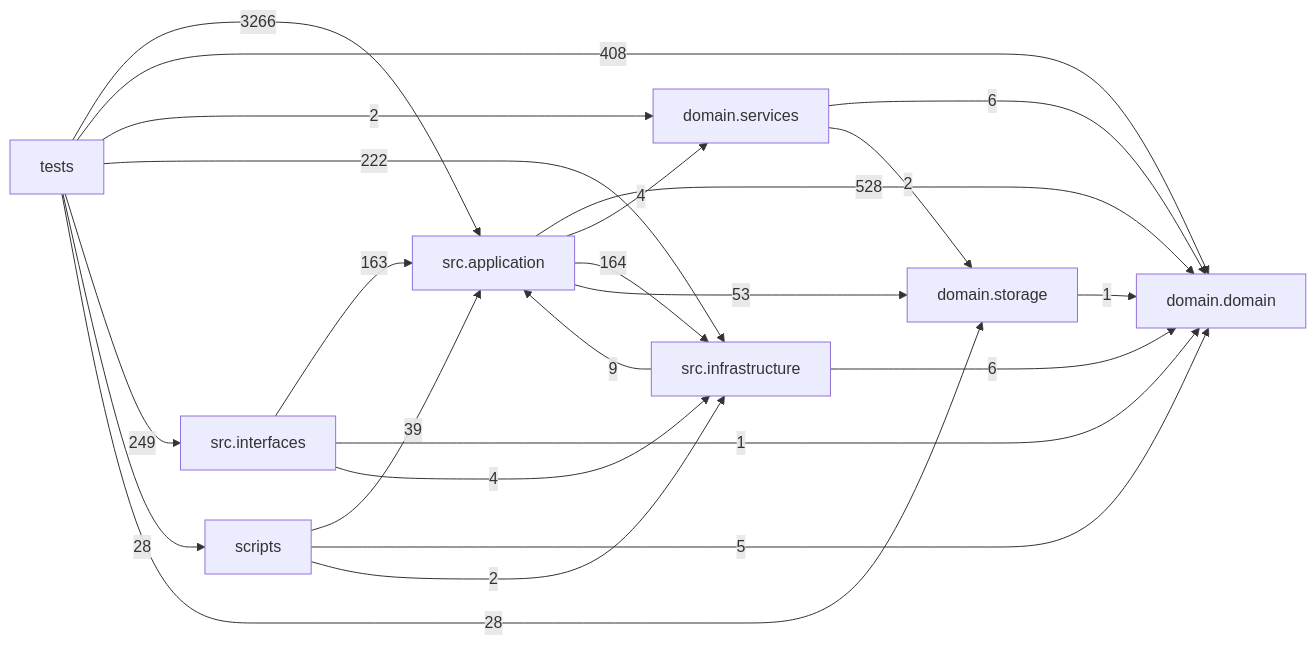
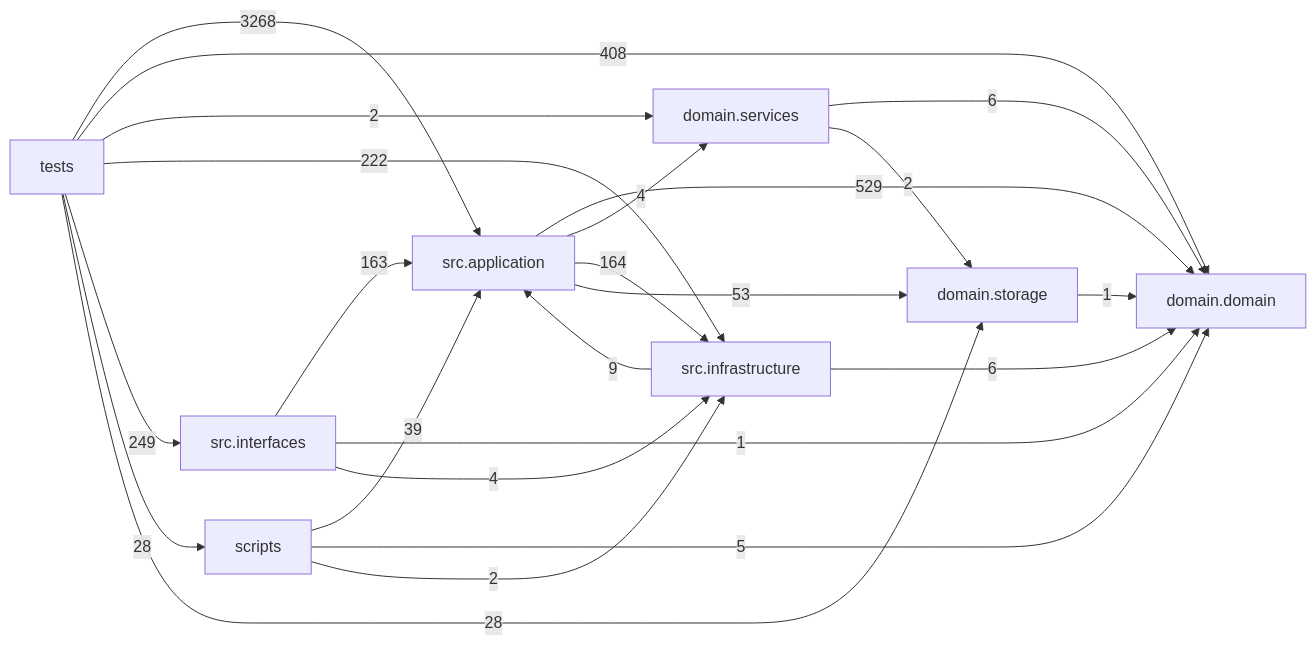
One commit to liuxie066/options-monitor changed the diagram in docs/DEPENDENCY_GRAPH.md. Above: the diagram before and after it, drawn with Mermaid. The commit also changed other lines of this file and 14 other files, not shown here.

````diff
--- a/docs/DEPENDENCY_GRAPH.md
+++ b/docs/DEPENDENCY_GRAPH.md
@@ -24,33 +24,33 @@
 ```mermaid
 flowchart LR
   tests["tests"]
   scripts["scripts"]
   interfaces["src.interfaces"]
   application["src.application"]
   infrastructure["src.infrastructure"]
   domain_services["domain.services"]
   domain["domain.domain"]
   storage["domain.storage"]
-  application -->|528| domain
+  application -->|529| domain
   application -->|4| domain_services
   application -->|164| infrastructure
   application -->|53| storage
   domain_services -->|6| domain
   domain_services -->|2| storage
   infrastructure -->|9| application
   infrastructure -->|6| domain
   interfaces -->|163| application
   interfaces -->|1| domain
   interfaces -->|4| infrastructure
   scripts -->|39| application
   scripts -->|5| domain
   scripts -->|2| infrastructure
   storage -->|1| domain
-  tests -->|3266| application
+  tests -->|3268| application
   tests -->|408| domain
   tests -->|2| domain_services
   tests -->|222| infrastructure
   tests -->|249| interfaces
   tests -->|28| scripts
   tests -->|28| storage
 ```
````
